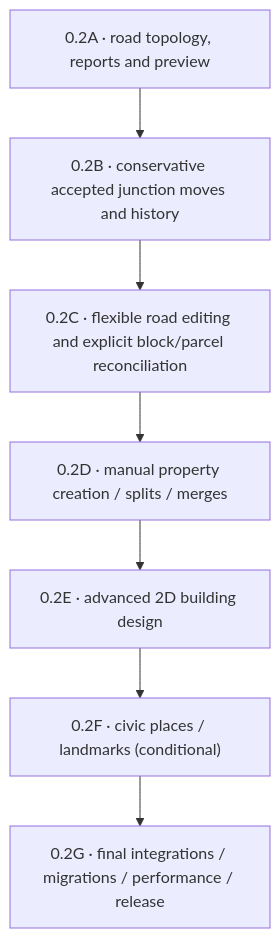
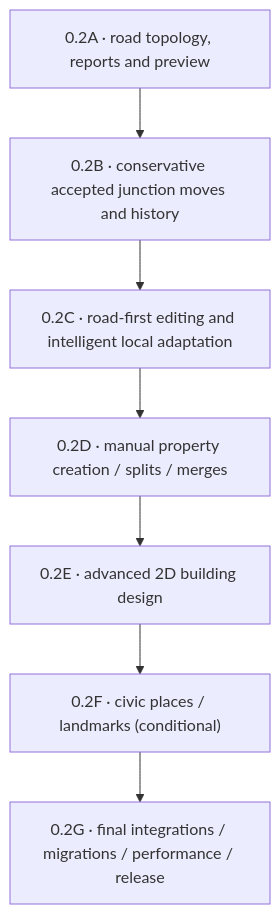
Before and after one commit to xbwtyz/Mappo: the diagram in docs/plans/0.2/README.md, drawn with Mermaid. The commit also changed other lines of this file and 3 other files, not shown here.

Commit message:
docs(0.2C): adopt road-first editing and intelligent neighborhood adaptation

````diff
--- a/docs/plans/0.2/README.md
+++ b/docs/plans/0.2/README.md
@@ -15,9 +15,9 @@
 ```mermaid
 flowchart TD
   A["0.2A · road topology, reports and preview"] --> B["0.2B · conservative accepted junction moves and history"]
-  B --> C["0.2C · flexible road editing and explicit block/parcel reconciliation"]
+  B --> C["0.2C · road-first editing and intelligent local adaptation"]
   C --> D["0.2D · manual property creation / splits / merges"]
   D --> E["0.2E · advanced 2D building design"]
   E --> F["0.2F · civic places / landmarks (conditional)"]
   F --> G["0.2G · final integrations / migrations / performance / release"]
 ```
````
